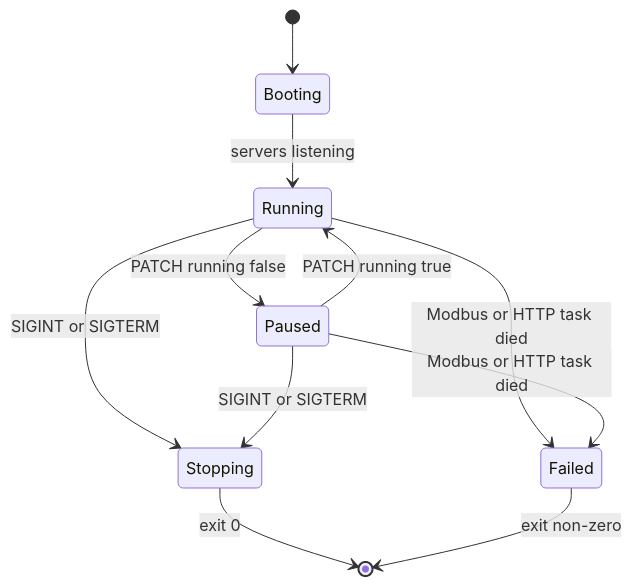
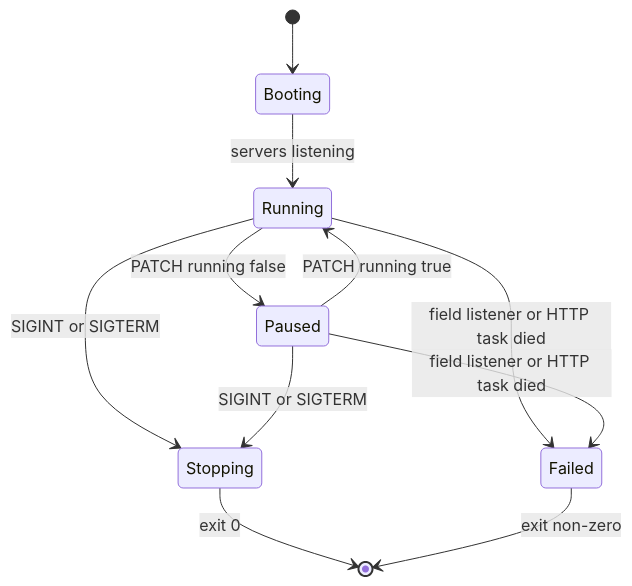
The sixth of 7 diagrams in docs/architecture.md (obsidia-systems/simbus), drawn with Mermaid before and after one commit. The commit also changed other lines of this file and 8 other files, not shown here.

````diff
--- a/docs/architecture.md
+++ b/docs/architecture.md
@@ -194,13 +198,13 @@
 ```mermaid
 stateDiagram-v2
     [*] --> Booting
     Booting --> Running: servers listening
     Running --> Paused: PATCH running false
     Paused --> Running: PATCH running true
     Running --> Stopping: SIGINT or SIGTERM
     Paused --> Stopping: SIGINT or SIGTERM
-    Running --> Failed: Modbus or HTTP task died
-    Paused --> Failed: Modbus or HTTP task died
+    Running --> Failed: field listener or HTTP task died
+    Paused --> Failed: field listener or HTTP task died
     Stopping --> [*]: exit 0
     Failed --> [*]: exit non-zero
 ```
````
